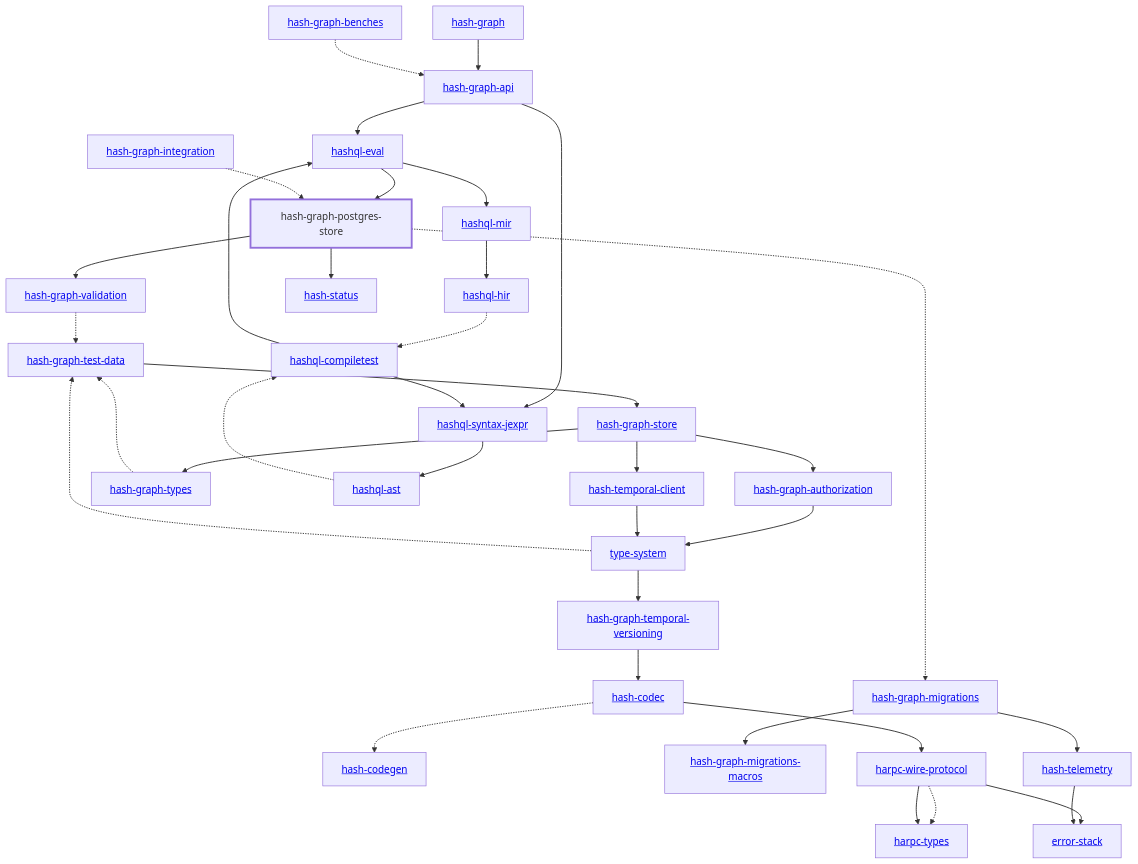
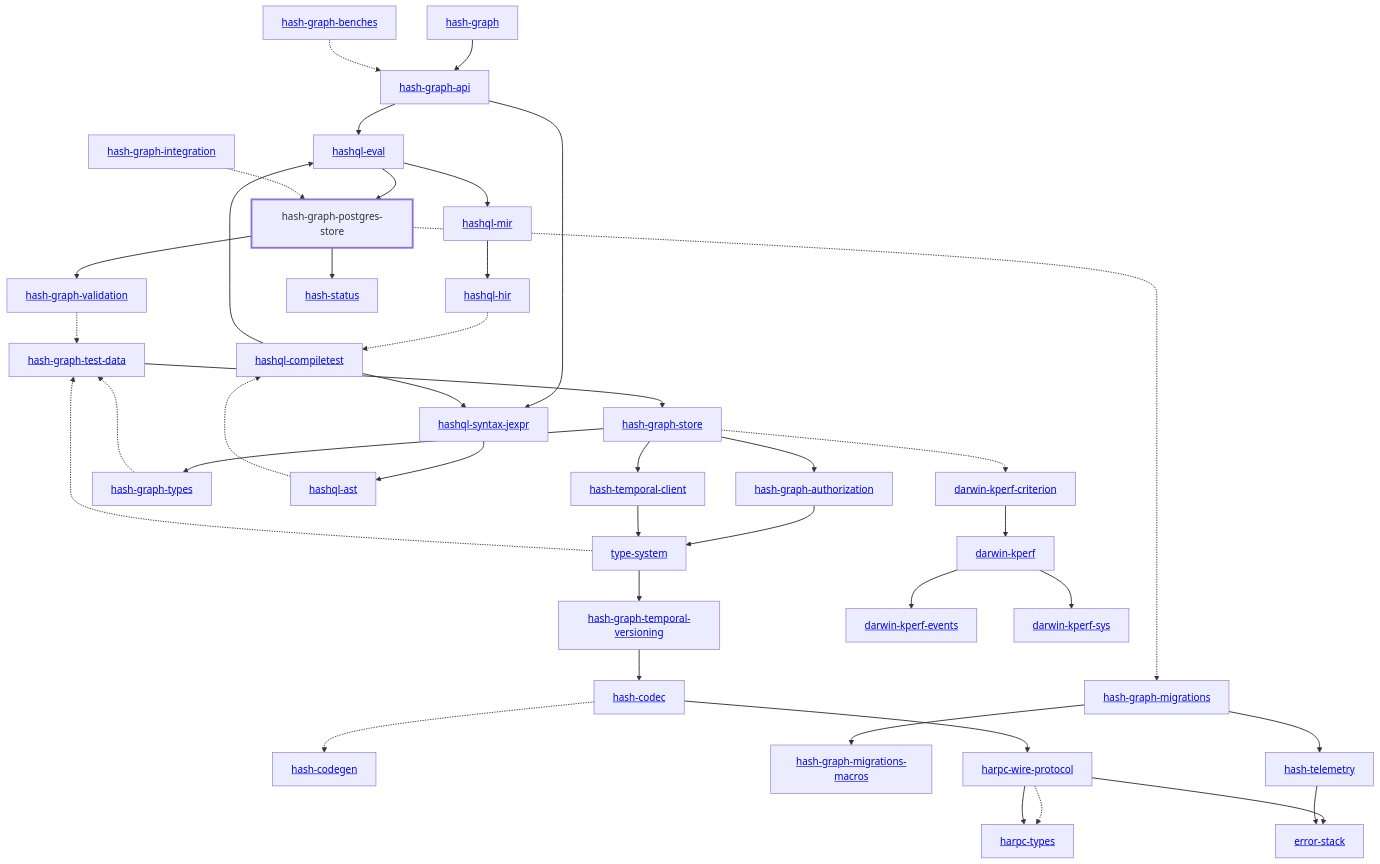
Before and after one commit to hashintel/hash: the diagram in libs/@local/graph/postgres-store/docs/dependency-diagram.mmd, drawn with Mermaid. The commit also changed 19 other files, not shown here.

```diff
--- a/libs/@local/graph/postgres-store/docs/dependency-diagram.mmd
+++ b/libs/@local/graph/postgres-store/docs/dependency-diagram.mmd
@@ -1,74 +1,82 @@
 graph TD
     linkStyle default stroke-width:1.5px
     classDef default stroke-width:1px
     classDef root stroke-width:3px
     classDef dev stroke-width:1px
     classDef build stroke-width:1px
     %% Legend
     %% --> : Normal dependency
     %% -.-> : Dev dependency
     %% ---> : Build dependency
     0[<a href="../hash_graph/index.html">hash-graph</a>]
     1[<a href="../type_system/index.html">type-system</a>]
     2[<a href="../hash_codec/index.html">hash-codec</a>]
     3[<a href="../hash_codegen/index.html">hash-codegen</a>]
     4[<a href="../hash_graph_api/index.html">hash-graph-api</a>]
     5[<a href="../hash_graph_authorization/index.html">hash-graph-authorization</a>]
     6[<a href="../hash_graph_migrations/index.html">hash-graph-migrations</a>]
     7[<a href="../hash_graph_migrations_macros/index.html">hash-graph-migrations-macros</a>]
     8[hash-graph-postgres-store]
     class 8 root
     9[<a href="../hash_graph_store/index.html">hash-graph-store</a>]
     10[<a href="../hash_graph_temporal_versioning/index.html">hash-graph-temporal-versioning</a>]
     11[<a href="../hash_graph_types/index.html">hash-graph-types</a>]
     12[<a href="../hash_graph_validation/index.html">hash-graph-validation</a>]
     13[<a href="../harpc_types/index.html">harpc-types</a>]
     14[<a href="../harpc_wire_protocol/index.html">harpc-wire-protocol</a>]
     15[<a href="../hashql_ast/index.html">hashql-ast</a>]
     16[<a href="../hashql_compiletest/index.html">hashql-compiletest</a>]
     17[<a href="../hashql_eval/index.html">hashql-eval</a>]
     18[<a href="../hashql_hir/index.html">hashql-hir</a>]
     19[<a href="../hashql_mir/index.html">hashql-mir</a>]
     20[<a href="../hashql_syntax_jexpr/index.html">hashql-syntax-jexpr</a>]
     21[<a href="../hash_status/index.html">hash-status</a>]
     22[<a href="../hash_telemetry/index.html">hash-telemetry</a>]
     23[<a href="../hash_temporal_client/index.html">hash-temporal-client</a>]
-    24[<a href="../error_stack/index.html">error-stack</a>]
-    25[<a href="../hash_graph_benches/index.html">hash-graph-benches</a>]
-    26[<a href="../hash_graph_integration/index.html">hash-graph-integration</a>]
-    27[<a href="../hash_graph_test_data/index.html">hash-graph-test-data</a>]
+    24[<a href="../darwin_kperf/index.html">darwin-kperf</a>]
+    25[<a href="../darwin_kperf_criterion/index.html">darwin-kperf-criterion</a>]
+    26[<a href="../darwin_kperf_events/index.html">darwin-kperf-events</a>]
+    27[<a href="../darwin_kperf_sys/index.html">darwin-kperf-sys</a>]
+    28[<a href="../error_stack/index.html">error-stack</a>]
+    29[<a href="../hash_graph_benches/index.html">hash-graph-benches</a>]
+    30[<a href="../hash_graph_integration/index.html">hash-graph-integration</a>]
+    31[<a href="../hash_graph_test_data/index.html">hash-graph-test-data</a>]
     0 --> 4
     1 --> 10
-    1 -.-> 27
+    1 -.-> 31
     2 -.-> 3
     2 --> 14
     4 --> 17
     4 --> 20
     5 --> 1
     6 --> 7
     6 --> 22
     8 -.-> 6
     8 --> 12
     8 --> 21
     9 --> 5
     9 --> 11
     9 --> 23
+    9 -.-> 25
     10 --> 2
-    11 -.-> 27
-    12 -.-> 27
+    11 -.-> 31
+    12 -.-> 31
     14 -.-> 13
     14 --> 13
-    14 --> 24
+    14 --> 28
     15 -.-> 16
     16 --> 17
     16 --> 20
     17 --> 8
     17 --> 19
     18 -.-> 16
     19 --> 18
     20 --> 15
-    22 --> 24
+    22 --> 28
     23 --> 1
-    25 -.-> 4
-    26 -.-> 8
-    27 --> 9
+    24 --> 26
+    24 --> 27
+    25 --> 24
+    29 -.-> 4
+    30 -.-> 8
+    31 --> 9
```
